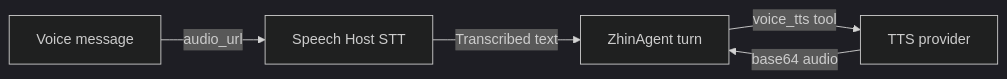
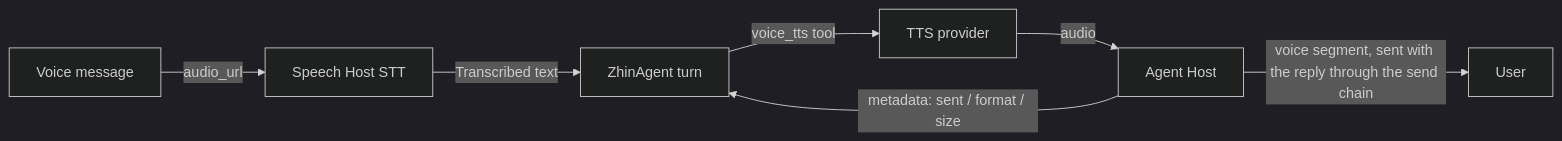
Before and after one commit to zhinjs/zhin: the diagram in docs/en/ai/speech.md, drawn with Mermaid (dark theme). The commit also changed other lines of this file and 24 other files, not shown here.

First line of the commit message:
fix(speech,agent): 语音不可用时如实报告，voice_tts 音频不再进入模型上下文（#1250 第 29 批）

````diff
--- a/docs/en/ai/speech.md
+++ b/docs/en/ai/speech.md
@@ -15,7 +15,9 @@
 ```mermaid
 flowchart LR
     V[Voice message] -->|audio_url| S[Speech Host STT]
     S -->|Transcribed text| A[ZhinAgent turn]
     A -->|voice_tts tool| T[TTS provider]
-    T -->|base64 audio| A
+    T -->|audio| H[Agent Host]
+    H -->|metadata: sent / format / size| A
+    H -->|voice segment, sent with the reply through the send chain| U[User]
 ```
````
